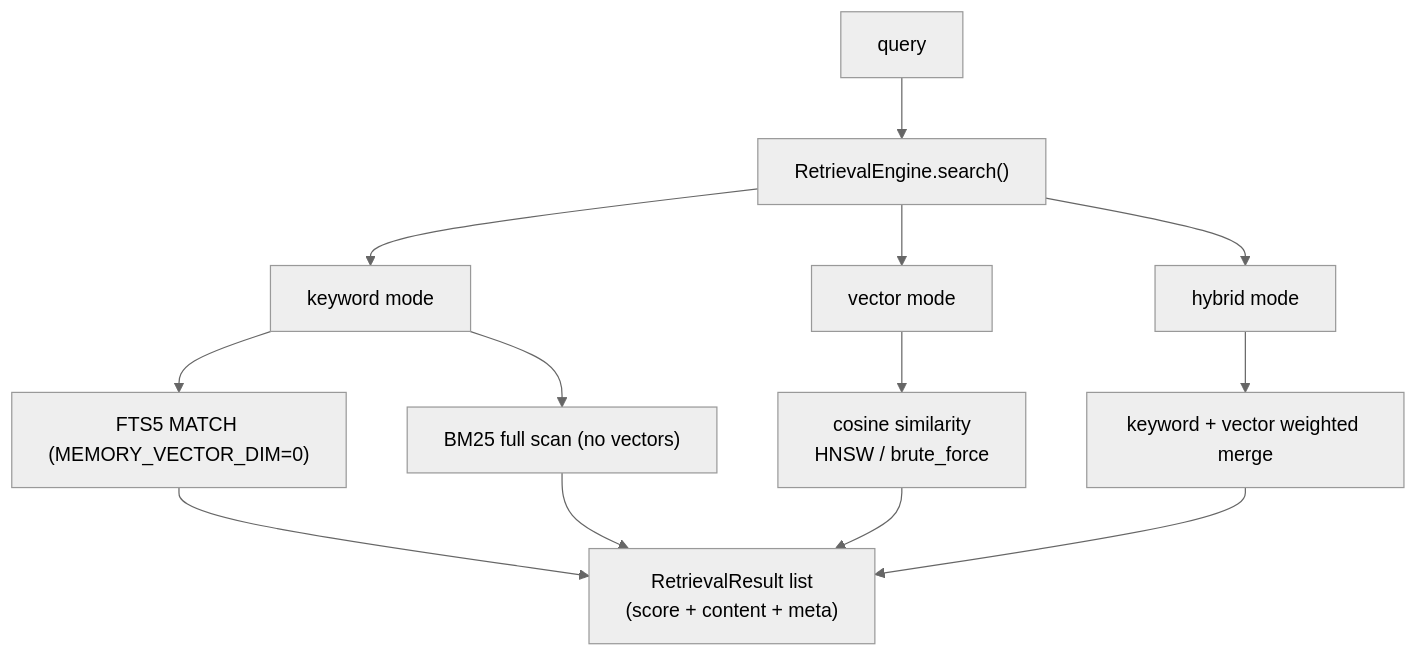
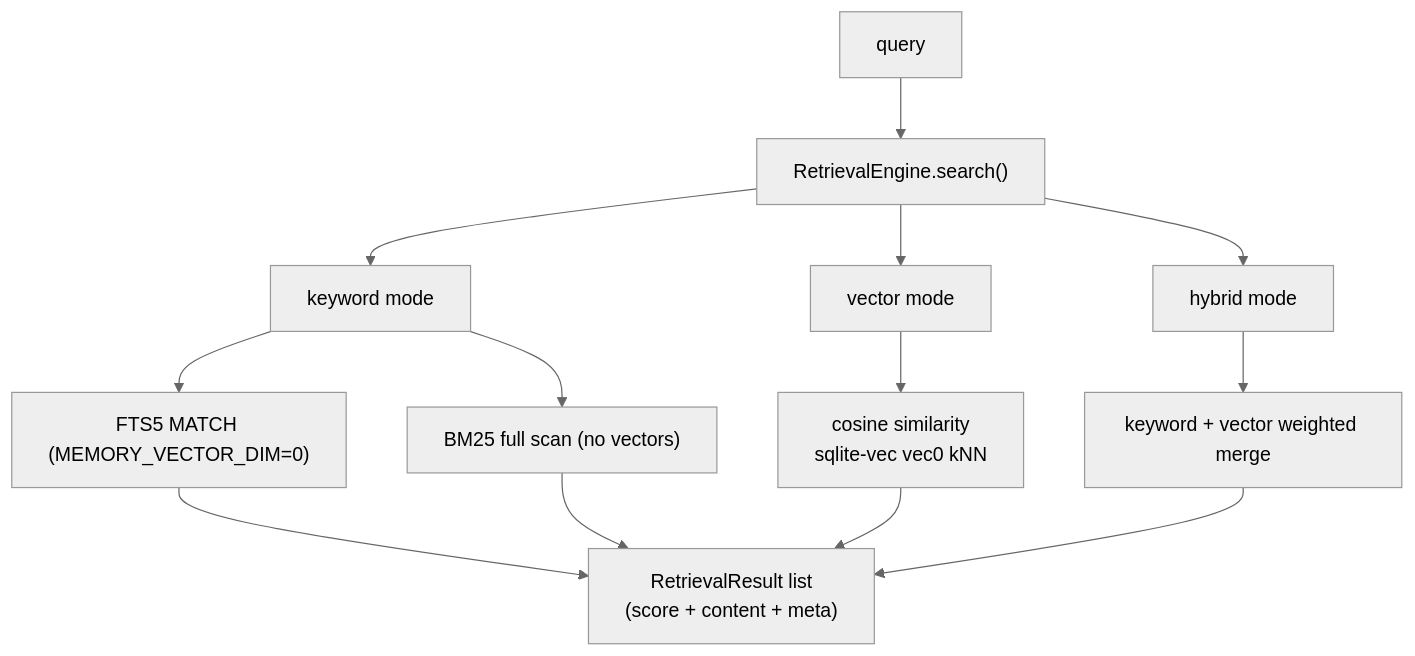
One commit to Timwood0x10/Mnemosyne changed the diagram in docs/en/retrieval.md. Above: the diagram before and after it, drawn with Mermaid (neutral theme). The commit also changed other lines of this file and 24 other files, not shown here.

````diff
--- a/docs/en/retrieval.md
+++ b/docs/en/retrieval.md
@@ -15,18 +15,18 @@
 ```mermaid
 flowchart TD
     Q["query"] --> RE["RetrievalEngine.search()"]
 
     RE --> KW["keyword mode"]
     RE --> VC["vector mode"]
     RE --> HY["hybrid mode"]
 
     KW --> F1["FTS5 MATCH (MEMORY_VECTOR_DIM=0)"]
     KW --> B1["BM25 full scan (no vectors)"]
-    VC --> V1["cosine similarity<br/>HNSW / brute_force"]
+    VC --> V1["cosine similarity<br/>sqlite-vec vec0 kNN"]
     HY --> M1["keyword + vector weighted merge"]
 
     F1 --> R["RetrievalResult list<br/>(score + content + meta)"]
     B1 --> R
     V1 --> R
     M1 --> R
 ```
````
